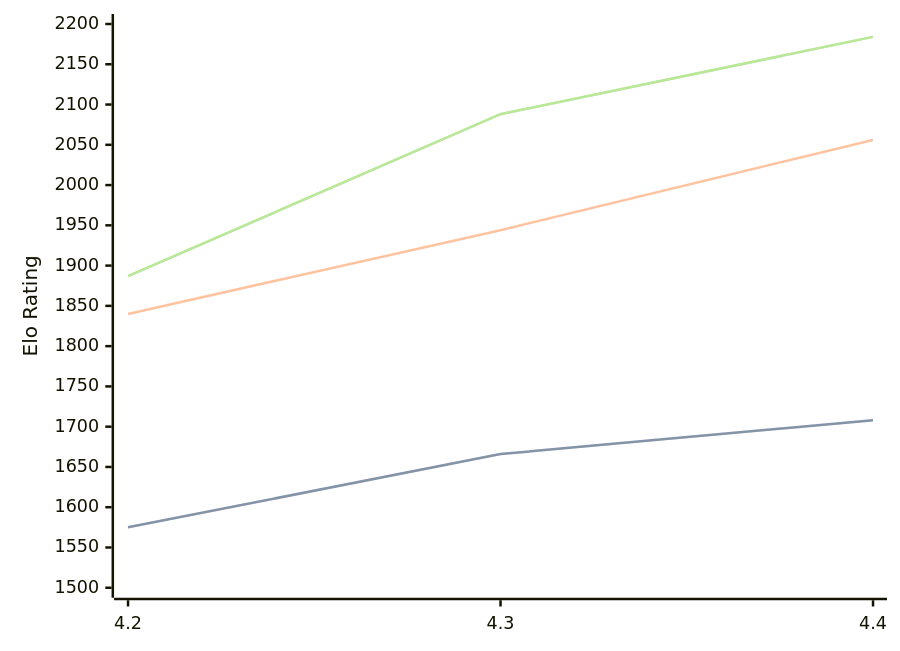
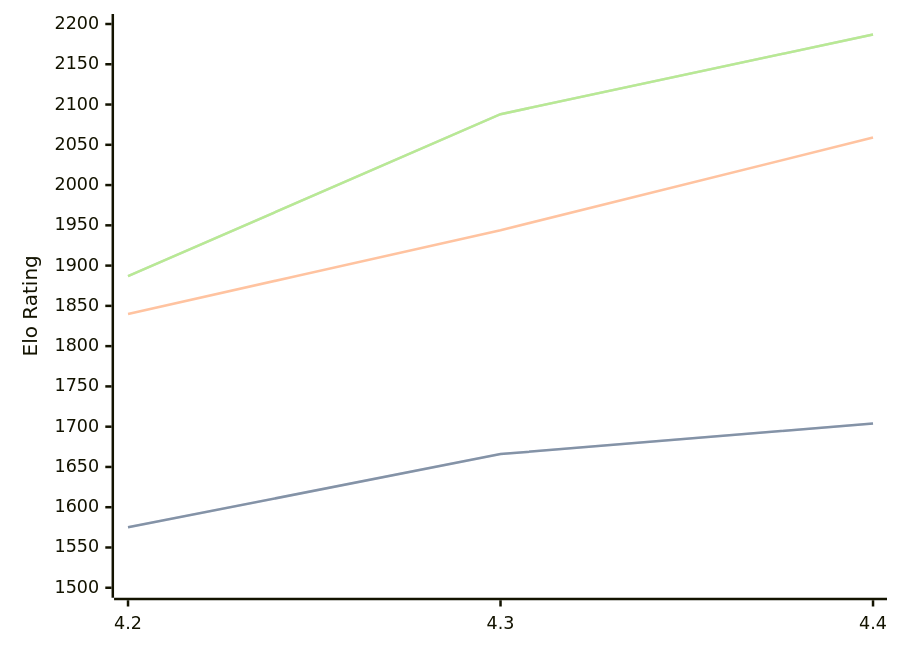
One commit to computer-chess-index/cci changed the first of 3 diagrams in engines/Radiance.md. Above: the diagram before and after it, drawn with Mermaid. The commit also changed other lines of this file, not shown here.

Commit message:
Update CCI Ratings (ELO VLTC) - 2026-07-10

````diff
--- a/engines/Radiance.md
+++ b/engines/Radiance.md
@@ -36,11 +36,11 @@
 ```mermaid
 %%{init: {"theme":"base","themeVariables":{"seriesColors:['#a3a3a3','#222221','#faa371']}}}%%
 xychart-beta
   x-axis ["4.2", "4.3", "4.4"]
   y-axis "Elo Rating" 1500 --> 2200
-  line "STC (8.0+0.08s)" [1575, 1666, 1708]
-  line "STC (8.0+0.08s)" [1575, 1666, 1708]
-  line "LTC (60.0+0.60s)" [1840, 1944, 2056]
-  line "VLTC (2m24s+1.12s)" [1887, 2088, 2184]
-  line "VLTC (2m24s+1.12s)" [1887, 2088, 2184]
+  line "STC (8.0+0.08s)" [1575, 1666, 1704]
+  line "STC (8.0+0.08s)" [1575, 1666, 1704]
+  line "LTC (60.0+0.60s)" [1840, 1944, 2059]
+  line "VLTC (2m24s+1.12s)" [1887, 2088, 2187]
+  line "VLTC (2m24s+1.12s)" [1887, 2088, 2187]
 ```
````
